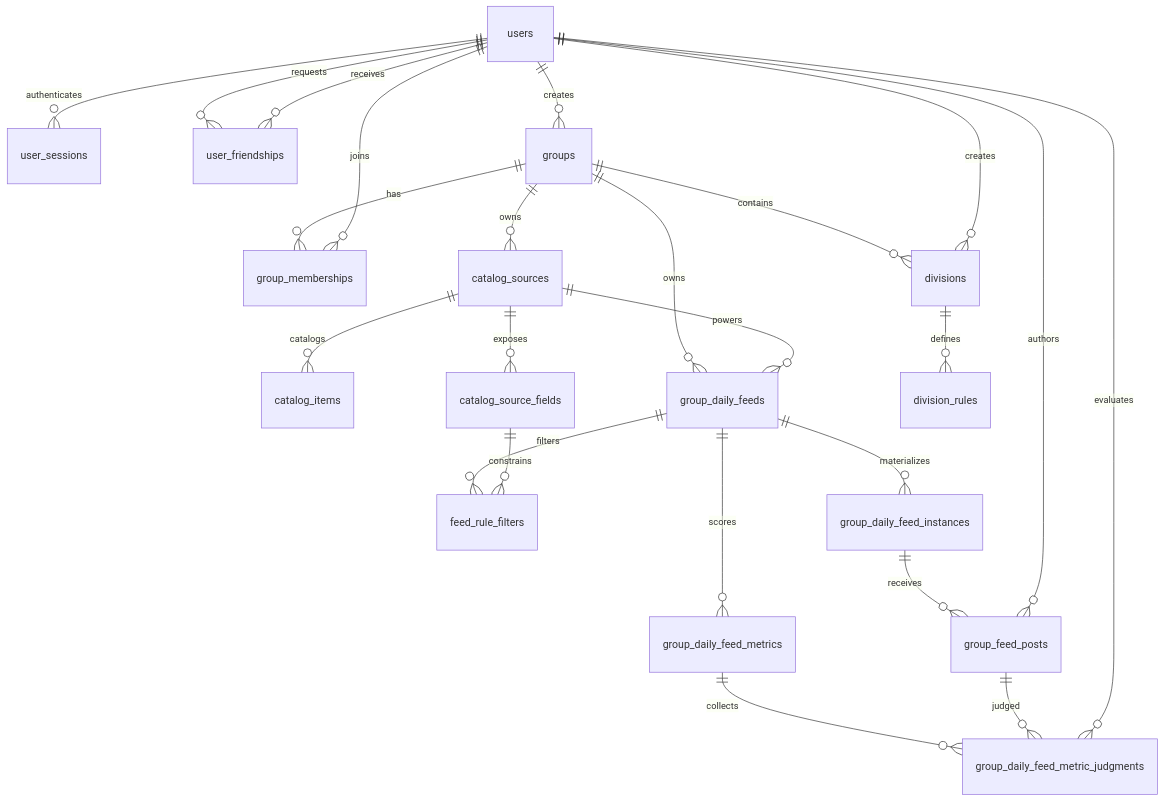
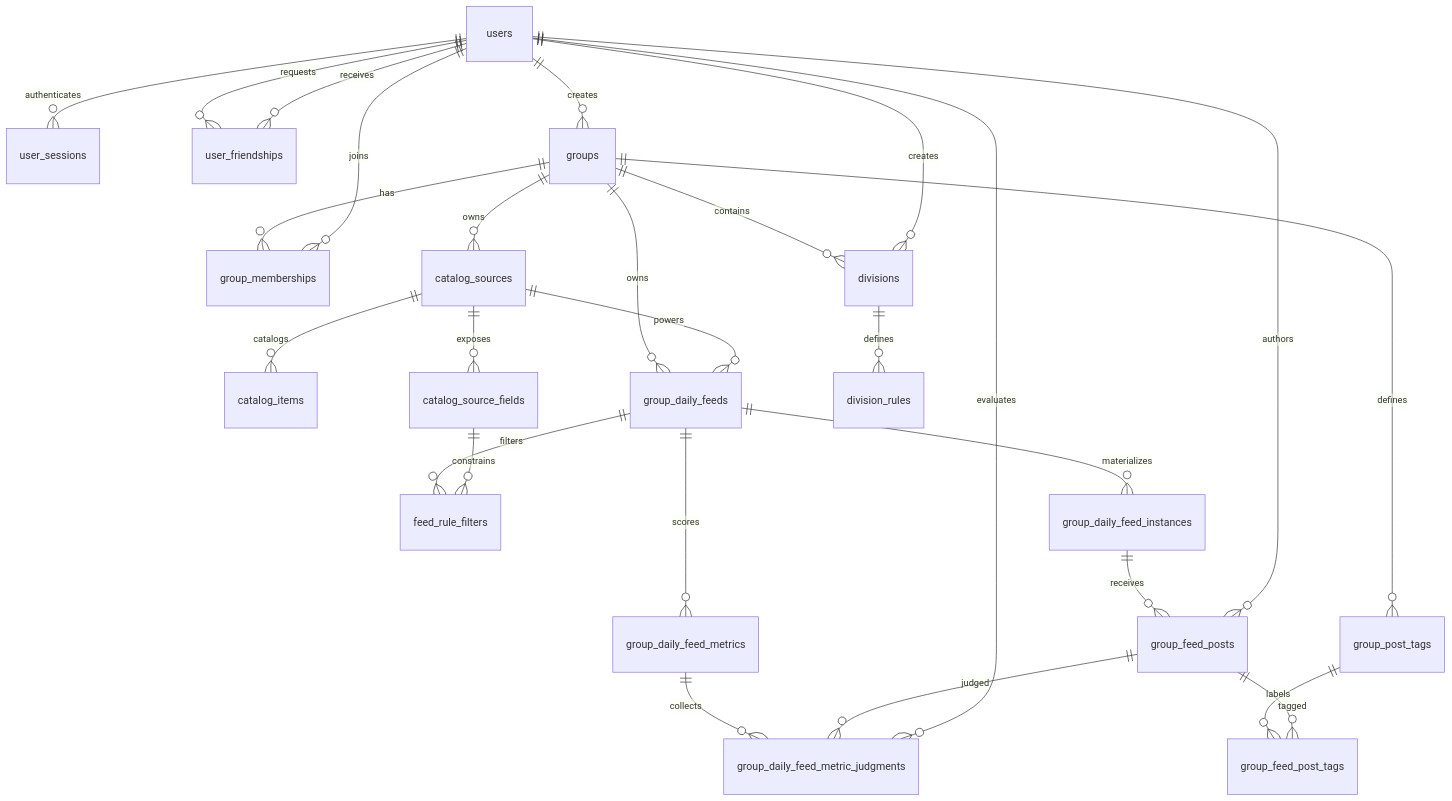
The diagram in docs/data-model.md (JTan2231/arcade), drawn with Mermaid before and after one commit. The commit also changed other lines of this file and 19 other files, not shown here.

````diff
--- a/docs/data-model.md
+++ b/docs/data-model.md
@@ -22,31 +22,34 @@
 ```mermaid
 erDiagram
     users ||--o{ user_sessions : authenticates
     users ||--o{ user_friendships : requests
     users ||--o{ user_friendships : receives
 
     users ||--o{ groups : creates
     groups ||--o{ group_memberships : has
     users ||--o{ group_memberships : joins
 
     groups ||--o{ catalog_sources : owns
     catalog_sources ||--o{ catalog_items : catalogs
     catalog_sources ||--o{ catalog_source_fields : exposes
 
     groups ||--o{ group_daily_feeds : owns
     catalog_sources ||--o{ group_daily_feeds : powers
     group_daily_feeds ||--o{ feed_rule_filters : filters
     catalog_source_fields ||--o{ feed_rule_filters : constrains
 
     group_daily_feeds ||--o{ group_daily_feed_metrics : scores
     group_daily_feed_metrics ||--o{ group_daily_feed_metric_judgments : collects
     group_daily_feeds ||--o{ group_daily_feed_instances : materializes
     group_daily_feed_instances ||--o{ group_feed_posts : receives
     users ||--o{ group_feed_posts : authors
+    groups ||--o{ group_post_tags : defines
+    group_post_tags ||--o{ group_feed_post_tags : labels
+    group_feed_posts ||--o{ group_feed_post_tags : tagged
     group_feed_posts ||--o{ group_daily_feed_metric_judgments : judged
     users ||--o{ group_daily_feed_metric_judgments : evaluates
 
     groups ||--o{ divisions : contains
     users ||--o{ divisions : creates
     divisions ||--o{ division_rules : defines
 ```
````
